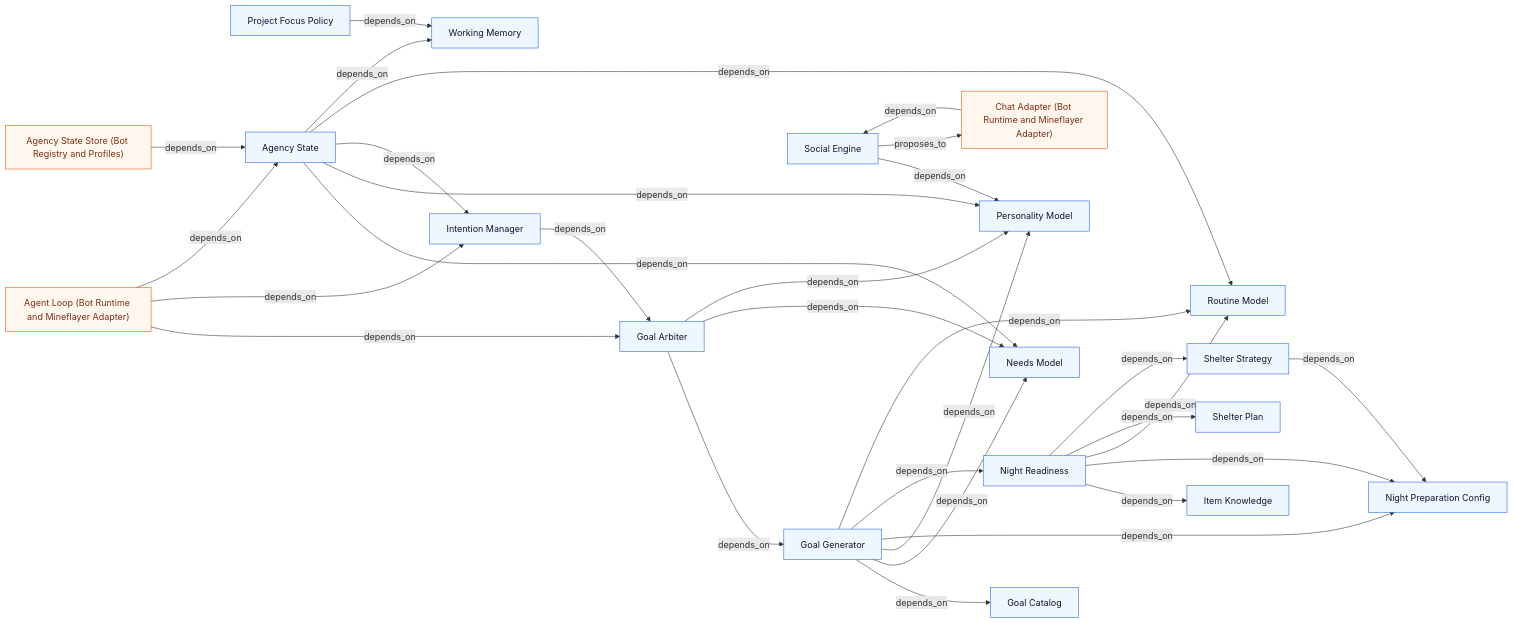
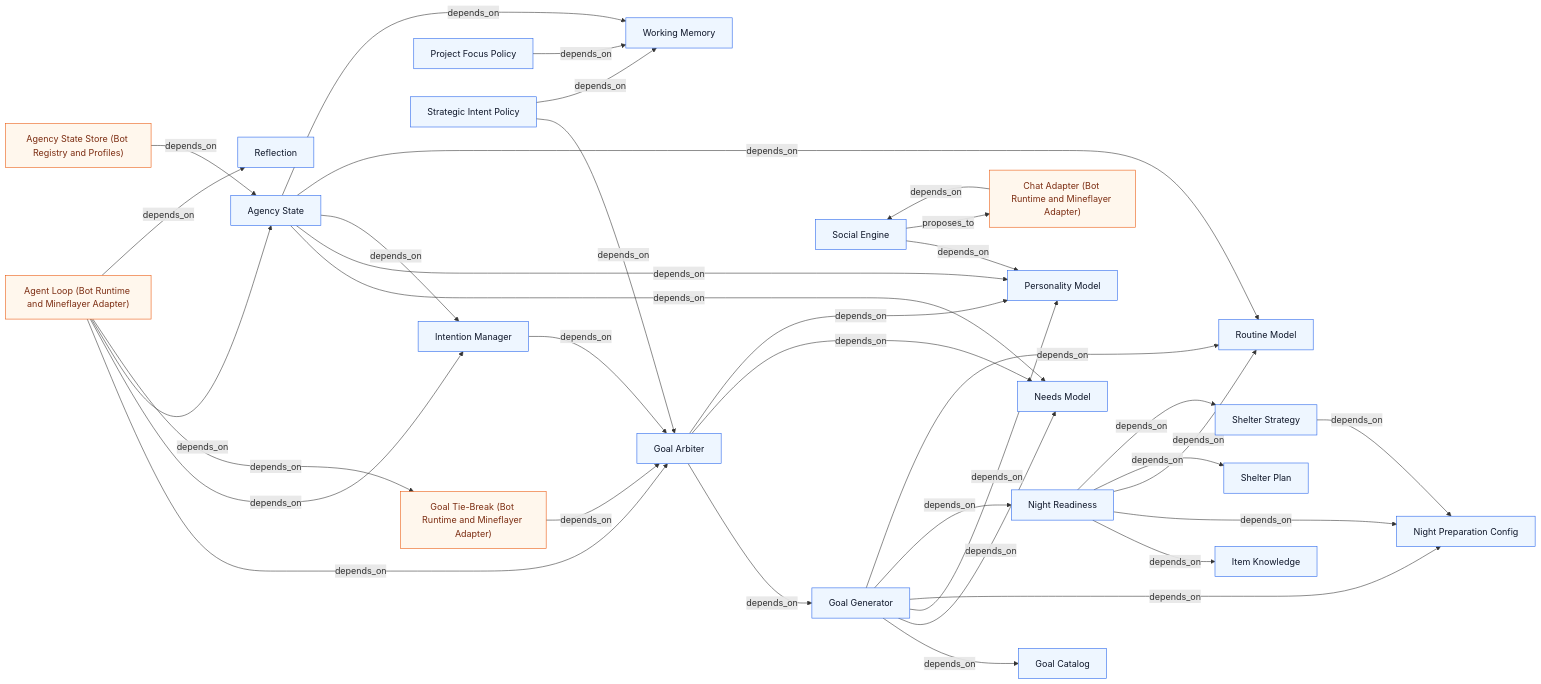
One commit to TICO-CO/TiCrafter changed the diagram in docs/architecture/graphs/system-agency.mmd. Above: the diagram before and after it, drawn with Mermaid. The commit also changed 168 other files, not shown here.

```diff
--- a/docs/architecture/graphs/system-agency.mmd
+++ b/docs/architecture/graphs/system-agency.mmd
@@ -1,53 +1,61 @@
 flowchart LR
-n299["Personality Model"]
-n300["Needs Model"]
-n301["Goal Catalog"]
-n302["Goal Generator"]
-n277["Goal Arbiter"]
-n278["Intention Manager"]
-n303["Routine Model"]
-n304["Item Knowledge"]
-n305["Night Preparation Config"]
-n306["Shelter Strategy"]
-n307["Shelter Plan"]
-n308["Night Readiness"]
-n279["Social Engine"]
-n309["Working Memory"]
-n310["Project Focus Policy"]
-n231["Agency State"]
+n305["Personality Model"]
+n306["Needs Model"]
+n307["Goal Catalog"]
+n308["Goal Generator"]
+n282["Goal Arbiter"]
+n283["Intention Manager"]
+n309["Routine Model"]
+n310["Item Knowledge"]
+n311["Night Preparation Config"]
+n312["Shelter Strategy"]
+n313["Shelter Plan"]
+n314["Night Readiness"]
+n284["Social Engine"]
+n315["Working Memory"]
+n316["Project Focus Policy"]
+n236["Agency State"]
+n317["Strategic Intent Policy"]
+n286["Reflection"]
 n60["Agent Loop (Bot Runtime and Mineflayer Adapter)"]
 n61["Chat Adapter (Bot Runtime and Mineflayer Adapter)"]
-n228["Agency State Store (Bot Registry and Profiles)"]
-n60 -->|depends_on| n277
-n60 -->|depends_on| n278
-n60 -->|depends_on| n231
-n61 -->|depends_on| n279
-n302 -->|depends_on| n301
-n302 -->|depends_on| n300
-n302 -->|depends_on| n299
-n277 -->|depends_on| n302
-n277 -->|depends_on| n300
-n277 -->|depends_on| n299
-n278 -->|depends_on| n277
-n279 -->|depends_on| n299
-n231 -->|depends_on| n300
-n231 -->|depends_on| n299
-n231 -->|depends_on| n278
-n231 -->|depends_on| n303
-n231 -->|depends_on| n309
-n310 -->|depends_on| n309
-n279 -->|proposes_to| n61
-n228 -->|depends_on| n231
-n308 -->|depends_on| n304
-n308 -->|depends_on| n305
-n308 -->|depends_on| n303
+n233["Agency State Store (Bot Registry and Profiles)"]
+n136["Goal Tie-Break (Bot Runtime and Mineflayer Adapter)"]
+n60 -->|depends_on| n282
+n60 -->|depends_on| n283
+n60 -->|depends_on| n236
+n61 -->|depends_on| n284
 n308 -->|depends_on| n307
 n308 -->|depends_on| n306
-n306 -->|depends_on| n305
-n302 -->|depends_on| n305
-n302 -->|depends_on| n308
-n302 -->|depends_on| n303
+n308 -->|depends_on| n305
+n282 -->|depends_on| n308
+n282 -->|depends_on| n306
+n282 -->|depends_on| n305
+n283 -->|depends_on| n282
+n284 -->|depends_on| n305
+n236 -->|depends_on| n306
+n236 -->|depends_on| n305
+n236 -->|depends_on| n283
+n236 -->|depends_on| n309
+n236 -->|depends_on| n315
+n316 -->|depends_on| n315
+n284 -->|proposes_to| n61
+n233 -->|depends_on| n236
+n314 -->|depends_on| n310
+n314 -->|depends_on| n311
+n314 -->|depends_on| n309
+n314 -->|depends_on| n313
+n314 -->|depends_on| n312
+n312 -->|depends_on| n311
+n308 -->|depends_on| n311
+n308 -->|depends_on| n314
+n308 -->|depends_on| n309
+n317 -->|depends_on| n282
+n317 -->|depends_on| n315
+n60 -->|depends_on| n136
+n136 -->|depends_on| n282
+n60 -->|depends_on| n286
 classDef internal fill:#eef6ff,stroke:#2563eb,color:#0f172a;
 classDef external fill:#fff7ed,stroke:#ea580c,color:#7c2d12;
-class n299,n300,n301,n302,n277,n278,n303,n304,n305,n306,n307,n308,n279,n309,n310,n231 internal;
-class n60,n61,n228 external;
+class n305,n306,n307,n308,n282,n283,n309,n310,n311,n312,n313,n314,n284,n315,n316,n236,n317,n286 internal;
+class n60,n61,n233,n136 external;
```
